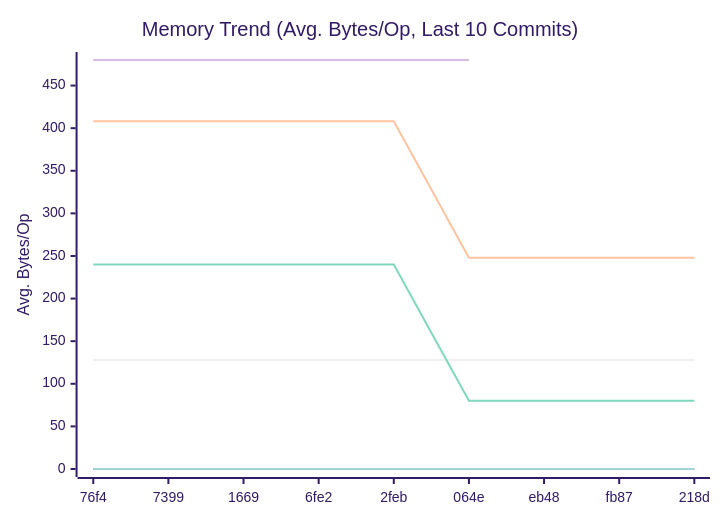
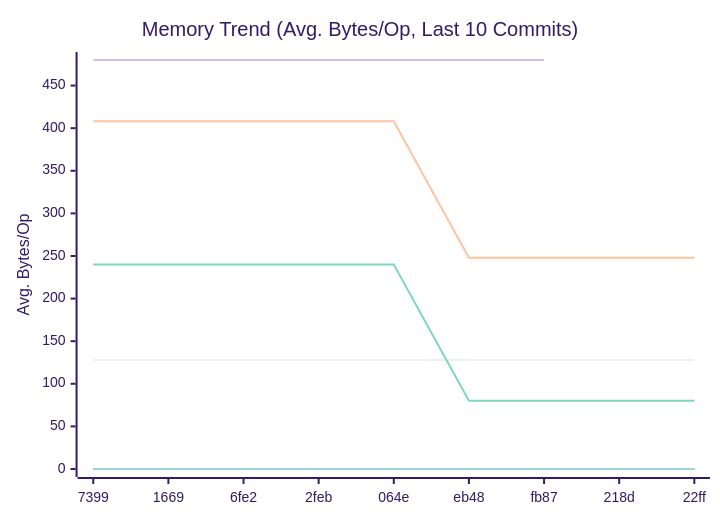
Before and after one commit to alsotoes/momo: the second of 3 diagrams in doc/README.md, drawn with Mermaid (forest theme). The commit also changed other lines of this file and 1 other file, not shown here.

````diff
--- a/doc/README.md
+++ b/doc/README.md
@@ -311,14 +311,14 @@
 ```mermaid
 xychart-beta
     title "Memory Trend (Avg. Bytes/Op, Last 10 Commits)"
     x-axis "Commit"
     y-axis "Avg. Bytes/Op"
-    x-axis [76f4,7399,1669,6fe2,2feb,064e,eb48,fb87,218d]
+    x-axis [7399,1669,6fe2,2feb,064e,eb48,fb87,218d,22ff]
     line "CheckMetricsAndSwap" [0,0,0,0,0,0,0,0,0,0]
     line "IndexDirectTracking" [0,0,0,0,0,0,0,0,0,0]
     line "IndexSearch" [0,0,0,0,0,0,0,0,0,0]
-    line "LoadGlobalConfig" [480,480,480,480,480,480]
+    line "LoadGlobalConfig" [480,480,480,480,480,480,480]
     line "PadString" [128,128,128,128,128,128,128,128,128,128]
     line "ParseReplicationOrder_NoPrealloc" [408,408,408,408,408,248,248,248,248,248]
     line "ParseReplicationOrder_Prealloc" [240,240,240,240,240,80,80,80,80,80]
 ```
````
